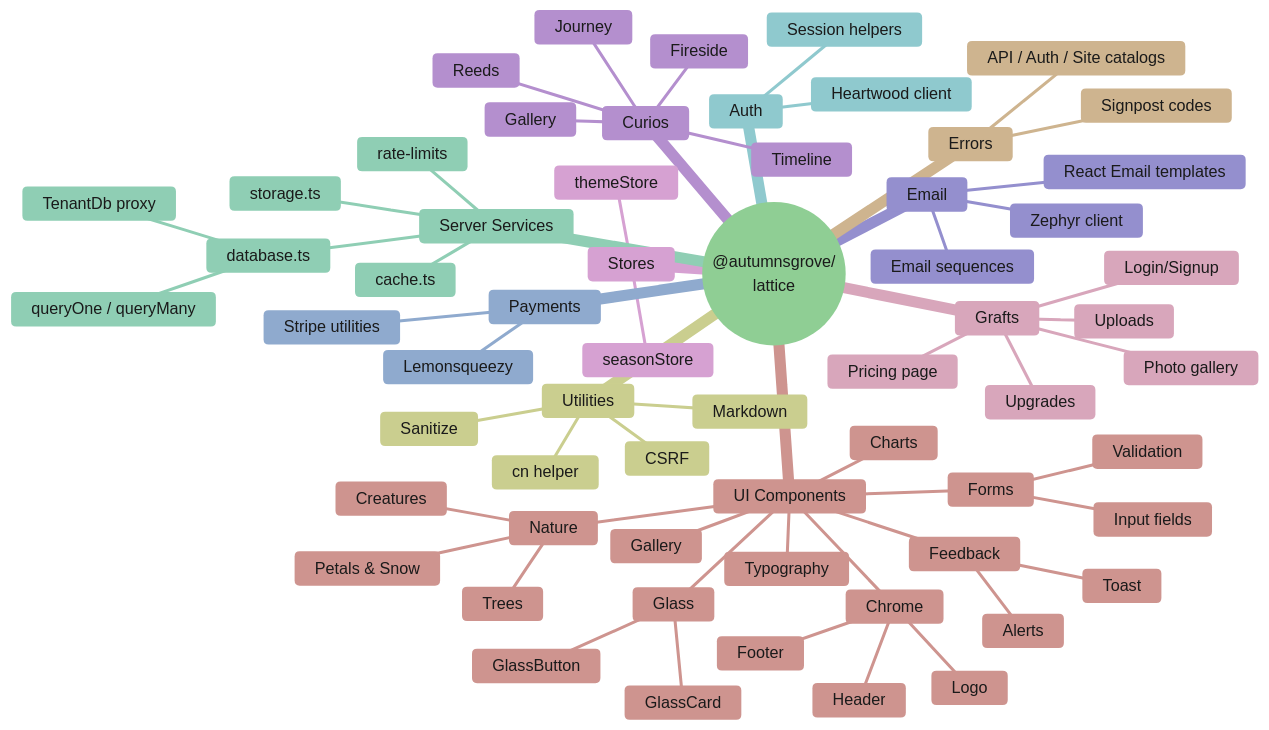
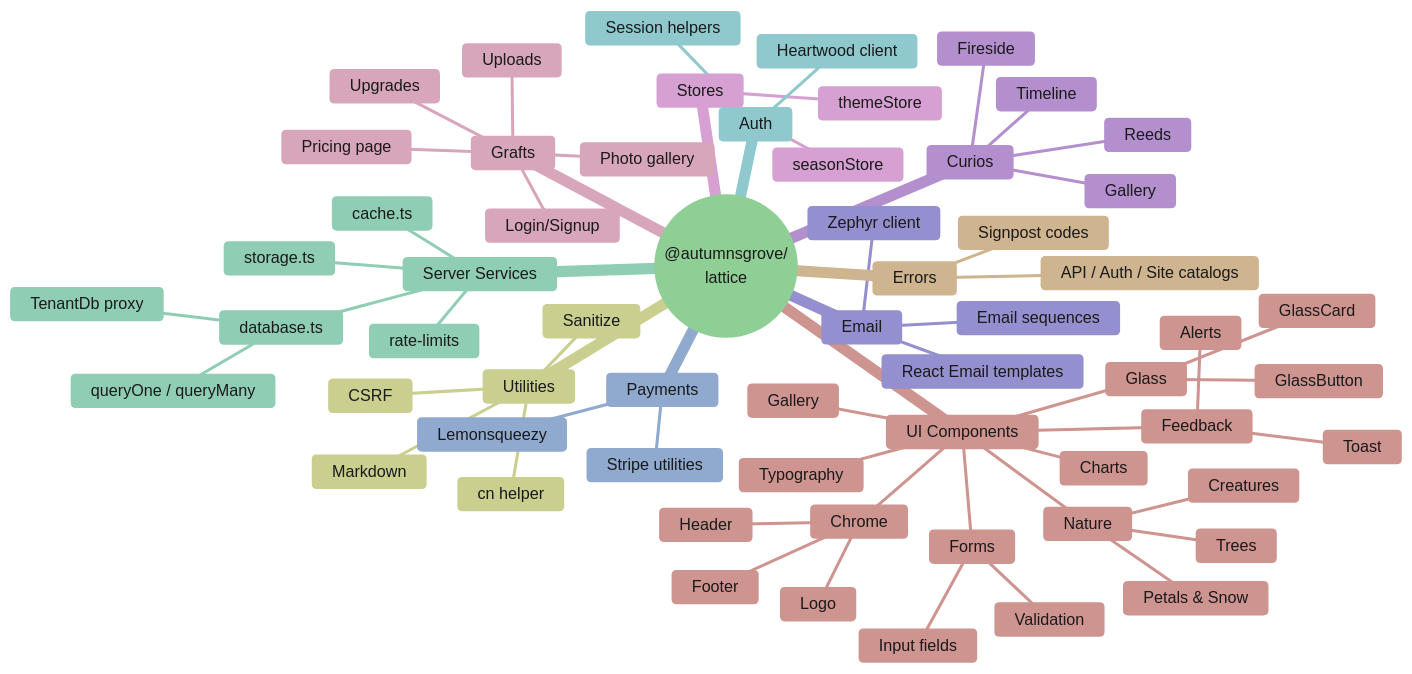
One commit to AutumnsGrove/Lattice changed diagram 11 of 14 in docs/developer/architecture/diagrams.md. Above: the diagram before and after it, drawn with Mermaid. The commit also changed other lines of this file and 1 other file, not shown here.

First line of the commit message:
docs(curio): drop Journey from diagrams and guide

````diff
--- a/docs/developer/architecture/diagrams.md
+++ b/docs/developer/architecture/diagrams.md
@@ -585,66 +585,65 @@
 ```mermaid
 %%{init: {'theme': 'base', 'themeVariables': {'primaryColor': '#e8f5e9', 'primaryTextColor': '#1a1a1a', 'primaryBorderColor': '#2e7d32', 'lineColor': '#2e7d32', 'background': '#ffffff'}}}%%
 mindmap
     root(("@autumnsgrove/<br/>lattice"))
         UI Components
             Chrome
                 Header
                 Footer
                 Logo
             Glass
                 GlassCard
                 GlassButton
             Forms
                 Input fields
                 Validation
             Nature
                 Trees
                 Creatures
                 Petals & Snow
             Typography
             Charts
             Gallery
             Feedback
                 Toast
                 Alerts
         Stores
             seasonStore
             themeStore
         Server Services
             database.ts
                 queryOne / queryMany
                 TenantDb proxy
             cache.ts
             storage.ts
             rate-limits
         Auth
             Heartwood client
             Session helpers
         Payments
             Stripe utilities
             Lemonsqueezy
         Email
             Zephyr client
             React Email templates
             Email sequences
         Curios
             Timeline
             Gallery
-            Journey
             Reeds
             Fireside
         Grafts
             Pricing page
             Login/Signup
             Upgrades
             Photo gallery
             Uploads
         Errors
             Signpost codes
             API / Auth / Site catalogs
         Utilities
             cn helper
             CSRF
             Sanitize
             Markdown
 ```
````
